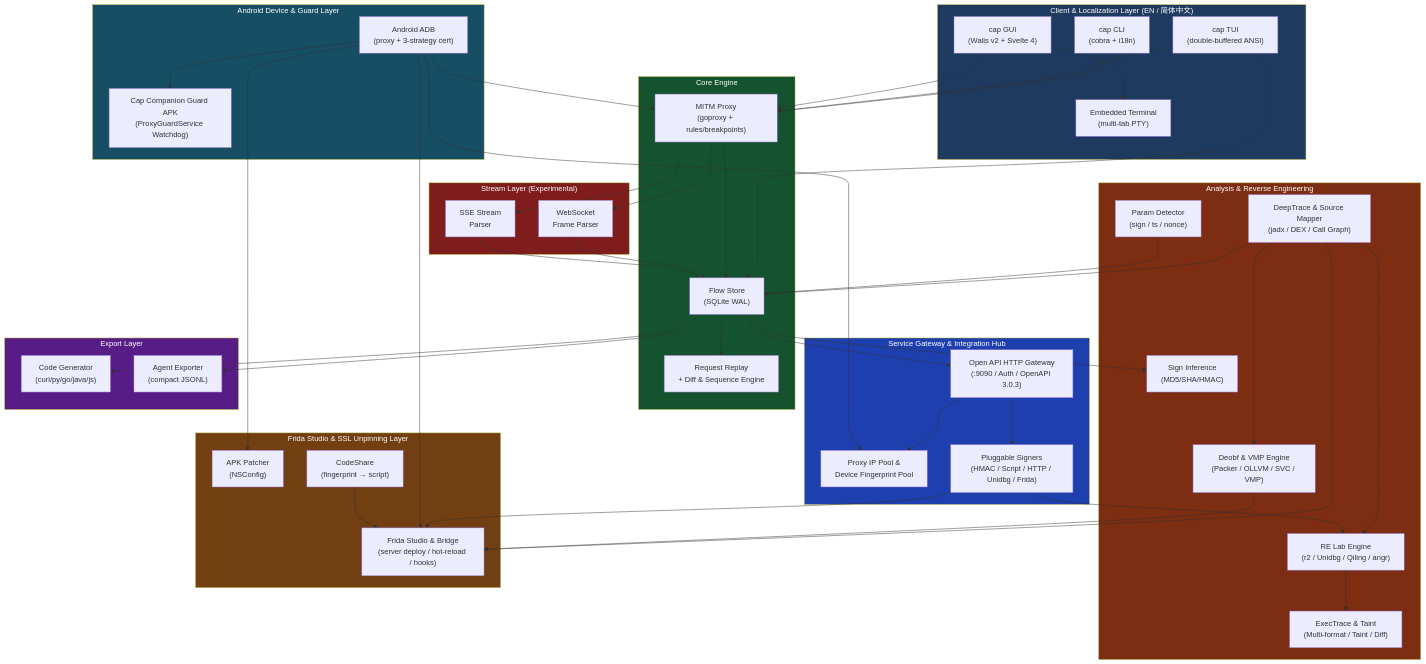
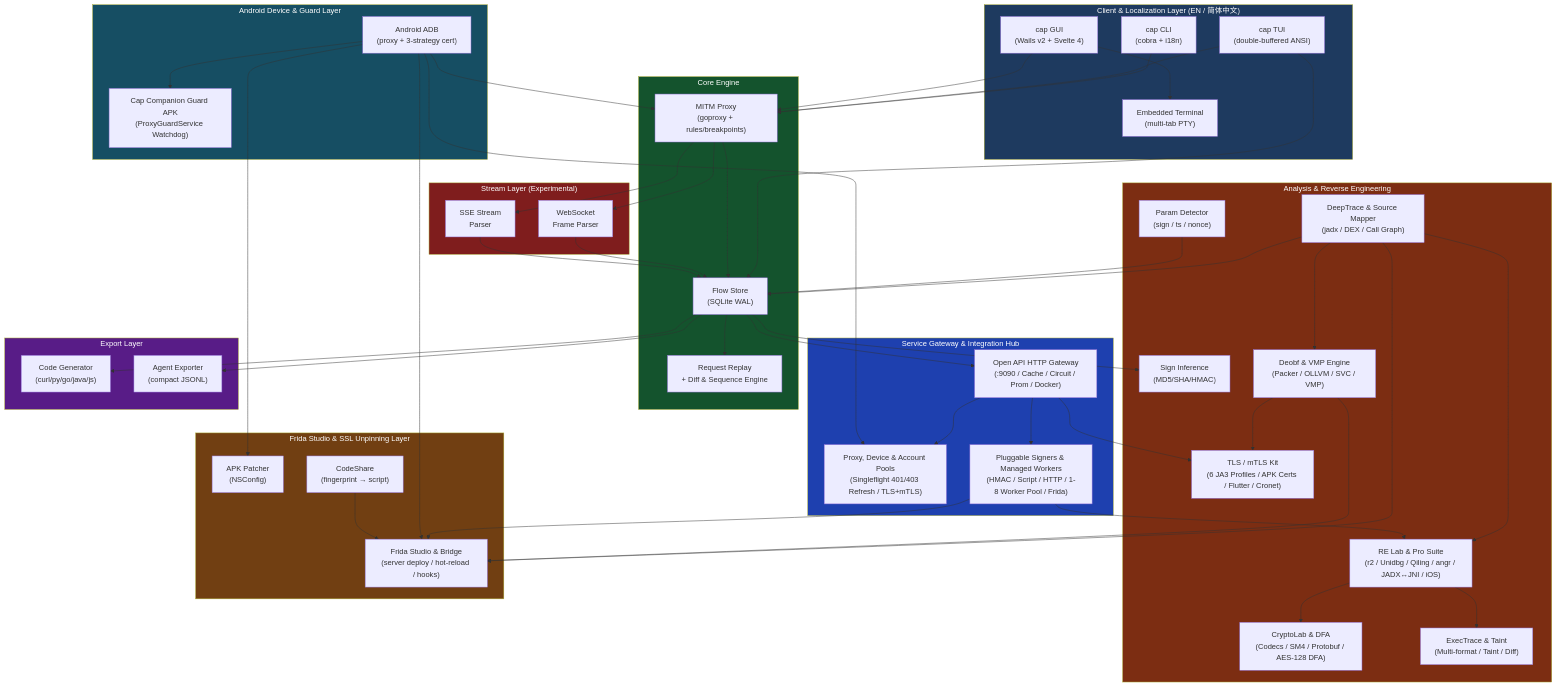
One commit to overkazaf/cap changed the first of 2 diagrams in README.md. Above: the diagram before and after it, drawn with Mermaid. The commit also changed other lines of this file and 17 other files, not shown here.

```diff
--- a/README.md
+++ b/README.md
@@ -133,15 +135,17 @@
         SIGN["Sign Inference<br/>(MD5/SHA/HMAC)"]
         TRACE["DeepTrace & Source Mapper<br/>(jadx / DEX / Call Graph)"]
         DETECT["Param Detector<br/>(sign / ts / nonce)"]
-        RELAB["RE Lab Engine<br/>(r2 / Unidbg / Qiling / angr)"]
+        RELAB["RE Lab & Pro Suite<br/>(r2 / Unidbg / Qiling / angr / JADX↔JNI / iOS)"]
+        CRYPTOLAB["CryptoLab & DFA<br/>(Codecs / SM4 / Protobuf / AES-128 DFA)"]
+        TLSKIT["TLS / mTLS Kit<br/>(6 JA3 Profiles / APK Certs / Flutter / Cronet)"]
         DEOBF["Deobf & VMP Engine<br/>(Packer / OLLVM / SVC / VMP)"]
         EXECTRACE["ExecTrace & Taint<br/>(Multi-format / Taint / Diff)"]
     end
 
     subgraph Service["Service Gateway & Integration Hub"]
-        GW["Open API HTTP Gateway<br/>(:9090 / Auth / OpenAPI 3.0.3)"]
-        POOLS["Proxy IP Pool &<br/>Device Fingerprint Pool"]
-        SIGNERS["Pluggable Signers<br/>(HMAC / Script / HTTP / Unidbg / Frida)"]
+        GW["Open API HTTP Gateway<br/>(:9090 / Cache / Circuit / Prom / Docker)"]
+        POOLS["Proxy, Device & Account Pools<br/>(Singleflight 401/403 Refresh / TLS+mTLS)"]
+        SIGNERS["Pluggable Signers & Managed Workers<br/>(HMAC / Script / HTTP / 1-8 Worker Pool / Frida)"]
     end
 
     subgraph Export["Export Layer"]
@@ -185,9 +189,12 @@
     TRACE --> RELAB
     TRACE --> DEOBF
     RELAB --> EXECTRACE
+    RELAB --> CRYPTOLAB
     DEOBF --> FRIDA
+    DEOBF --> TLSKIT
     GW --> POOLS
     GW --> SIGNERS
+    GW --> TLSKIT
     SIGNERS --> RELAB
     SIGNERS --> FRIDA
     DETECT --> STORE
```
